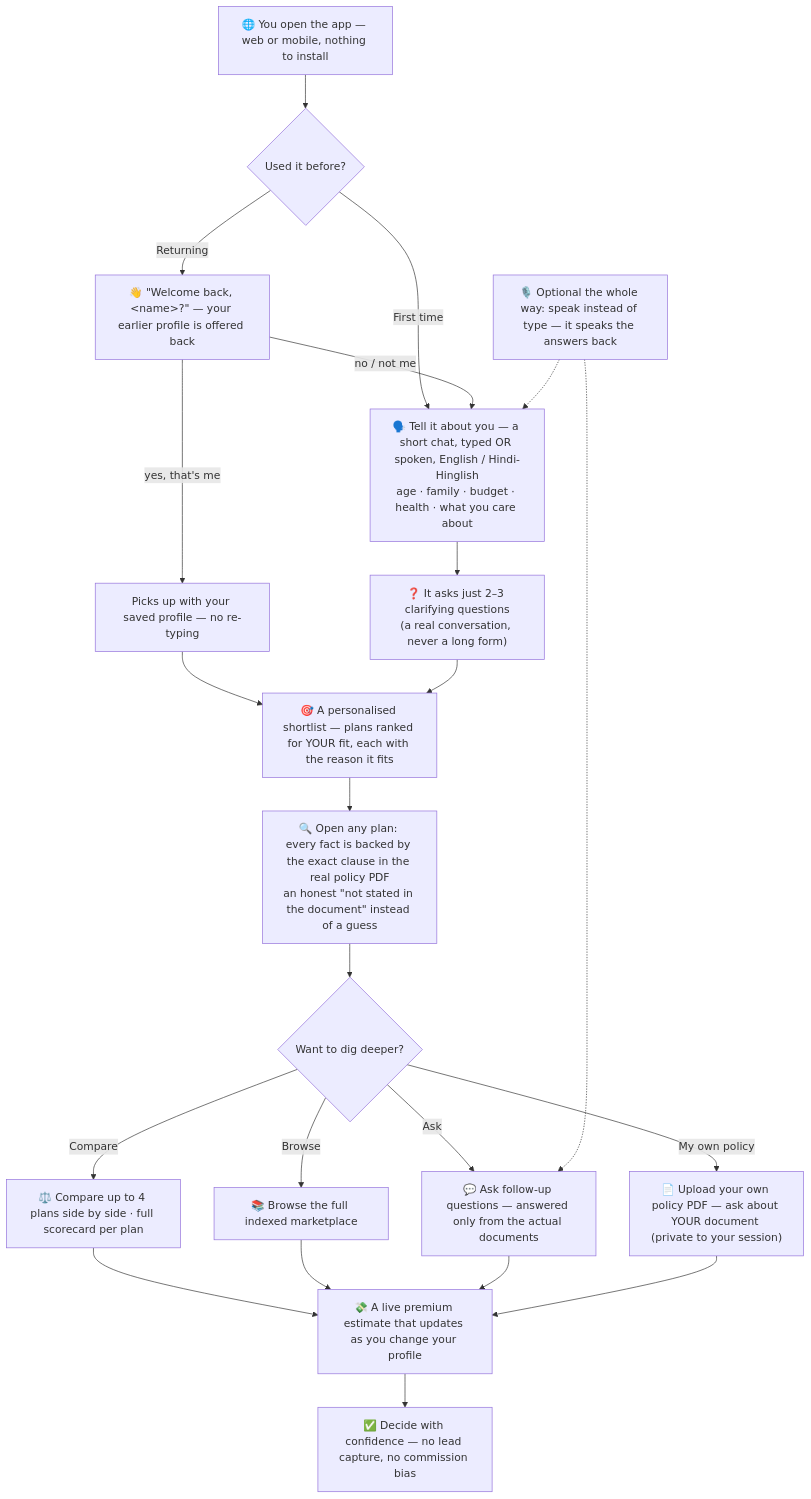
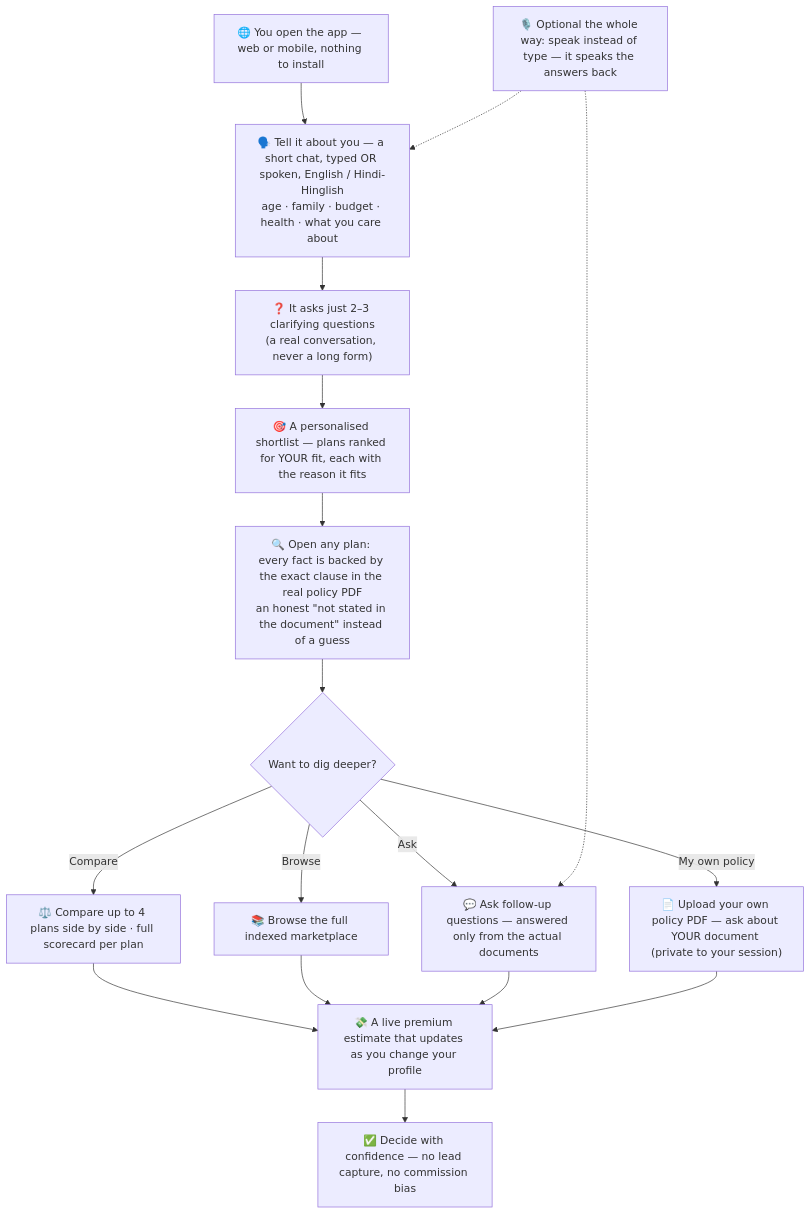
The first of 16 diagrams in README.md (rohitsar567/insurance-sales-bot), drawn with Mermaid before and after one commit. The commit also changed other lines of this file and 31 other files, not shown here.

````diff
--- a/README.md
+++ b/README.md
@@ -126,24 +126,19 @@
 ```mermaid
 flowchart TD
-    S["🌐 You open the app — web or mobile, nothing to install"] --> R{"Used it before?"}
-    R -->|"Returning"| WB["👋 &quot;Welcome back, &lt;name&gt;?&quot; — your earlier profile is offered back"]
-    R -->|"First time"| TELL
-    WB -->|"yes, that's me"| KNOWN["Picks up with your saved profile — no re-typing"]
-    WB -->|"no / not me"| TELL
-    KNOWN --> REC
-    TELL["🗣️ Tell it about you — a short chat, typed OR spoken, English / Hindi-Hinglish<br/>age · family · budget · health · what you care about"] --> ASK["❓ It asks just 2–3 clarifying questions<br/>(a real conversation, never a long form)"]
+    S["🌐 You open the app — web or mobile, nothing to install"] --> TELL["🗣️ Tell it about you — a short chat, typed OR spoken, English / Hindi-Hinglish<br/>age · family · budget · health · what you care about"]
+    TELL --> ASK["❓ It asks just 2–3 clarifying questions<br/>(a real conversation, never a long form)"]
     ASK --> REC["🎯 A personalised shortlist — plans ranked for YOUR fit, each with the reason it fits"]
     REC --> WHY["🔍 Open any plan: every fact is backed by the exact clause in the real policy PDF<br/>an honest &quot;not stated in the document&quot; instead of a guess"]
     WHY --> EXPLORE{"Want to dig deeper?"}
     EXPLORE -->|"Compare"| CMP["⚖️ Compare up to 4 plans side by side · full scorecard per plan"]
     EXPLORE -->|"Browse"| MKT["📚 Browse the full indexed marketplace"]
     EXPLORE -->|"Ask"| QA["💬 Ask follow-up questions — answered only from the actual documents"]
     EXPLORE -->|"My own policy"| UP["📄 Upload your own policy PDF — ask about YOUR document (private to your session)"]
     CMP --> PREM
     MKT --> PREM
     QA --> PREM
     UP --> PREM
     PREM["💸 A live premium estimate that updates as you change your profile"] --> DONE["✅ Decide with confidence — no lead capture, no commission bias"]
     VOICE["🎙️ Optional the whole way: speak instead of type — it speaks the answers back"] -.-> TELL
     VOICE -.-> QA
 ```
````
